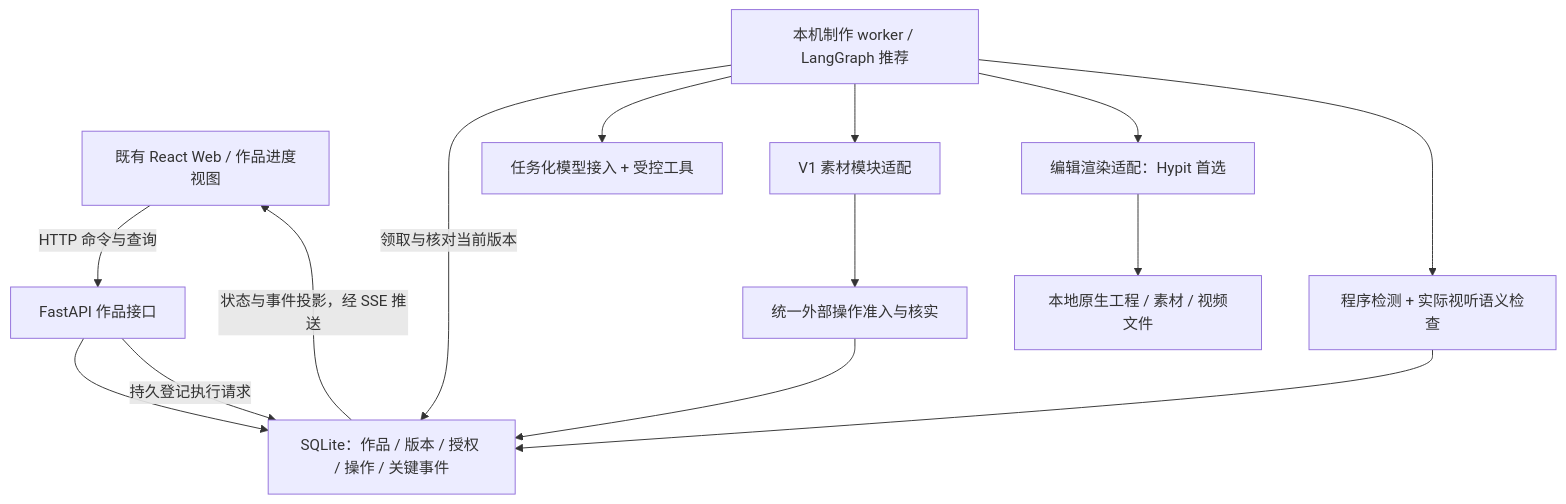
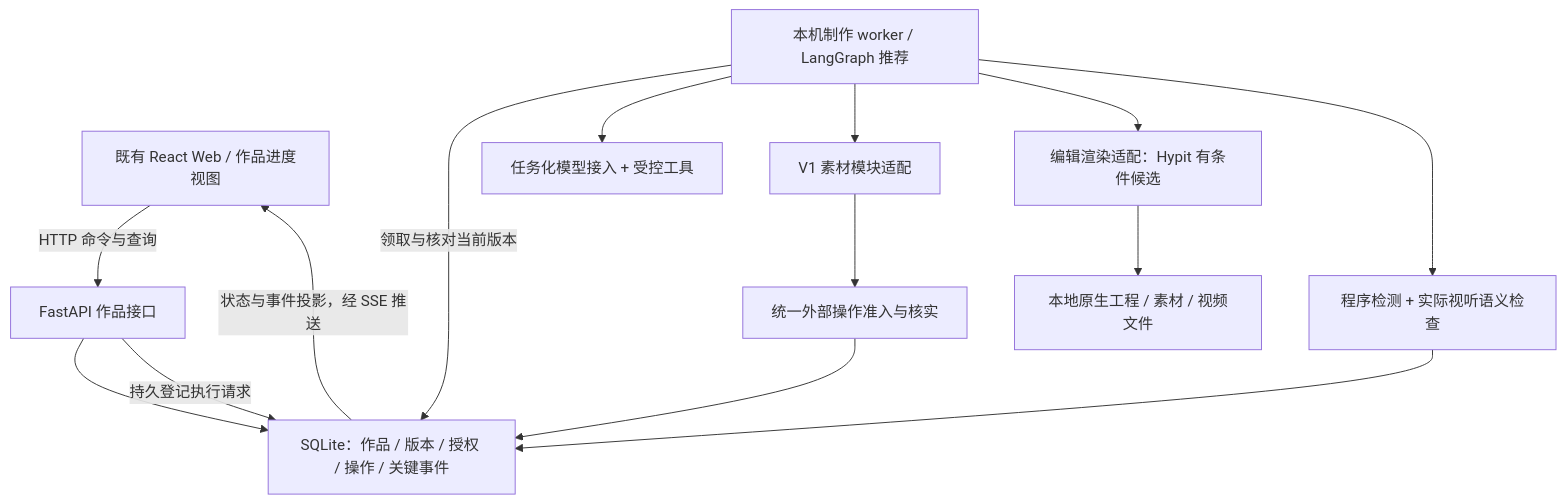
One commit to webxia/Easel changed the diagram in docs/v2/14_TECHNOLOGY_SELECTION.md. Above: the diagram before and after it, drawn with Mermaid. The commit also changed other lines of this file and 23 other files, not shown here.

Commit message:
docs(s5): turn architecture review into executable implementation tasks

````diff
--- a/docs/v2/14_TECHNOLOGY_SELECTION.md
+++ b/docs/v2/14_TECHNOLOGY_SELECTION.md
@@ -21,16 +21,16 @@
 ```mermaid
 flowchart TD
   WEB[既有 React Web / 作品进度视图] -->|HTTP 命令与查询| API[FastAPI 作品接口]
   API --> DB[SQLite：作品 / 版本 / 授权 / 操作 / 关键事件]
   DB -->|状态与事件投影，经 SSE 推送| WEB
   API -->|持久登记执行请求| DB
   WORKER[本机制作 worker / LangGraph 推荐] -->|领取与核对当前版本| DB
   WORKER --> MODEL[任务化模型接入 + 受控工具]
   WORKER --> MAT[V1 素材模块适配]
   MAT --> OPS[统一外部操作准入与核实]
   OPS --> DB
-  WORKER --> EDIT[编辑渲染适配：Hypit 首选]
+  WORKER --> EDIT[编辑渲染适配：Hypit 有条件候选]
   EDIT --> FILES[本地原生工程 / 素材 / 视频文件]
   WORKER --> QC[程序检测 + 实际视听语义检查]
   QC --> DB
 ```
````
